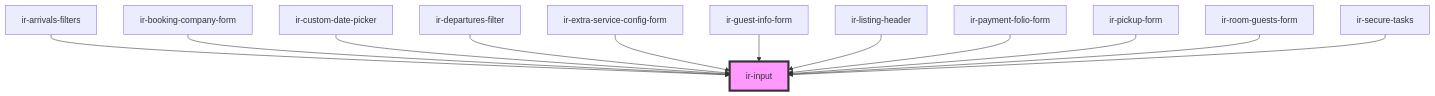
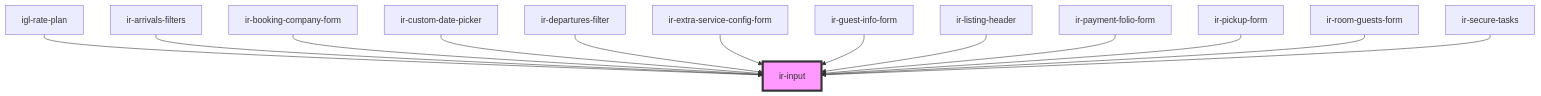
The diagram in src/components/ui/ir-input/readme.md (David1Chowaifaty/modified-ir-webcmp), drawn with Mermaid before and after one commit. The commit also changed other lines of this file and 28 other files, not shown here.

````diff
--- a/src/components/ui/ir-input/readme.md
+++ b/src/components/ui/ir-input/readme.md
@@ -75,15 +76,16 @@
 ```mermaid
 graph TD;
+  igl-rate-plan --> ir-input
   ir-arrivals-filters --> ir-input
   ir-booking-company-form --> ir-input
   ir-custom-date-picker --> ir-input
   ir-departures-filter --> ir-input
   ir-extra-service-config-form --> ir-input
   ir-guest-info-form --> ir-input
   ir-listing-header --> ir-input
   ir-payment-folio-form --> ir-input
   ir-pickup-form --> ir-input
   ir-room-guests-form --> ir-input
   ir-secure-tasks --> ir-input
   style ir-input fill:#f9f,stroke:#333,stroke-width:4px
 ```
````
